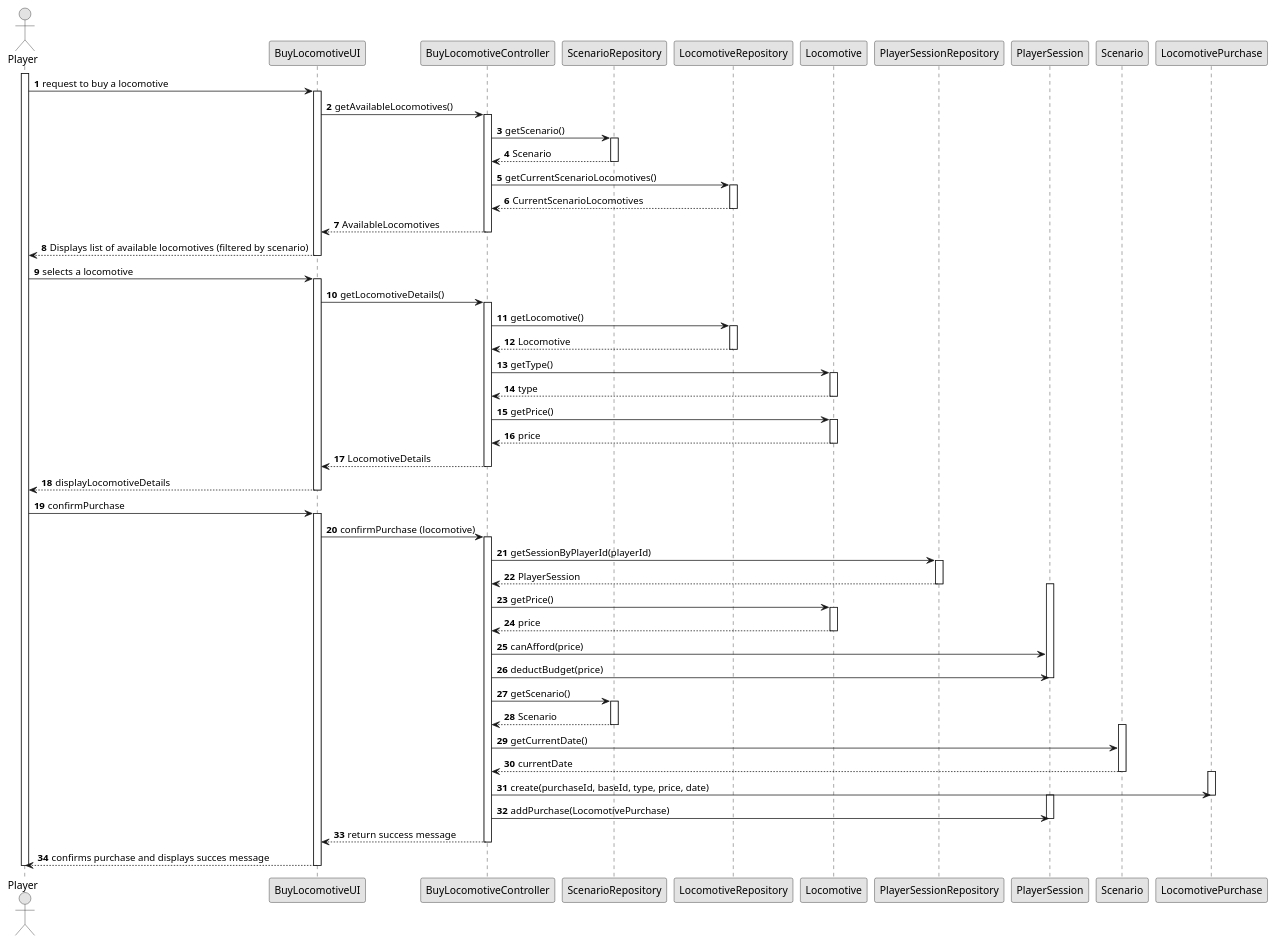
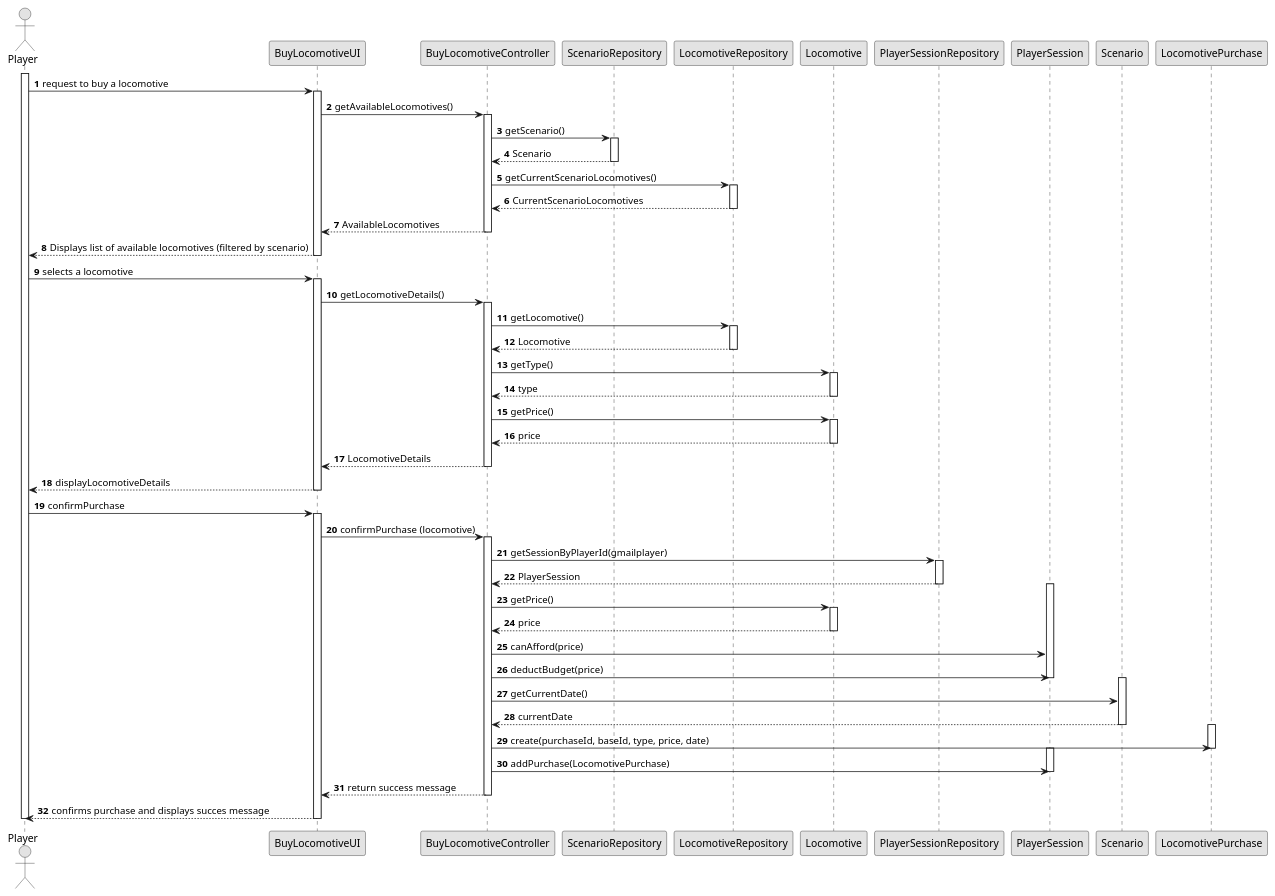
One commit to Andremonteiro1240850/railway_simulator changed the diagram in Sprint2/US09/03.design/puml/US009-SD_full.puml. Above: the diagram before and after it, drawn with PlantUML. The commit also changed 22 other files, not shown here.

```diff
--- a/Sprint2/US09/03.design/puml/US009-SD_full.puml
+++ b/Sprint2/US09/03.design/puml/US009-SD_full.puml
@@ -1,100 +1,96 @@
 @startuml
 
 skinparam shadowing false
 skinparam linetype polyline
 skinparam monochrome true
 
 autonumber
 
 actor Player
 
 participant Player
 activate Player
 participant BuyLocomotiveUI
 participant BuyLocomotiveController
 participant ScenarioRepository
 participant LocomotiveRepository
 participant Locomotive
 participant PlayerSessionRepository
 participant PlayerSession
 participant Scenario
 participant LocomotivePurchase
 
 Player -> BuyLocomotiveUI : request to buy a locomotive
 activate BuyLocomotiveUI
 BuyLocomotiveUI -> BuyLocomotiveController : getAvailableLocomotives()
 activate BuyLocomotiveController
 BuyLocomotiveController -> ScenarioRepository : getScenario()
 activate ScenarioRepository
 ScenarioRepository --> BuyLocomotiveController : Scenario
 deactivate ScenarioRepository
 BuyLocomotiveController -> LocomotiveRepository : getCurrentScenarioLocomotives()
 activate LocomotiveRepository
 LocomotiveRepository --> BuyLocomotiveController : CurrentScenarioLocomotives
 deactivate LocomotiveRepository
 BuyLocomotiveController --> BuyLocomotiveUI : AvailableLocomotives
 deactivate BuyLocomotiveController
 BuyLocomotiveUI --> Player : Displays list of available locomotives (filtered by scenario)
 deactivate BuyLocomotiveUI
 
 Player -> BuyLocomotiveUI : selects a locomotive
 activate BuyLocomotiveUI
 BuyLocomotiveUI -> BuyLocomotiveController : getLocomotiveDetails()
 activate BuyLocomotiveController
 BuyLocomotiveController -> LocomotiveRepository : getLocomotive()
 activate LocomotiveRepository
 LocomotiveRepository --> BuyLocomotiveController : Locomotive
 deactivate LocomotiveRepository
 BuyLocomotiveController -> Locomotive : getType()
 activate Locomotive
 BuyLocomotiveController <-- Locomotive : type
 deactivate Locomotive
 BuyLocomotiveController -> Locomotive : getPrice()
 activate Locomotive
 BuyLocomotiveController <-- Locomotive : price
 deactivate Locomotive
 BuyLocomotiveController --> BuyLocomotiveUI : LocomotiveDetails
 deactivate BuyLocomotiveController
 BuyLocomotiveUI --> Player : displayLocomotiveDetails
 deactivate BuyLocomotiveUI
 
 Player -> BuyLocomotiveUI : confirmPurchase
 activate BuyLocomotiveUI
 BuyLocomotiveUI -> BuyLocomotiveController : confirmPurchase (locomotive)
 activate BuyLocomotiveController
-BuyLocomotiveController -> PlayerSessionRepository : getSessionByPlayerId(playerId)
+BuyLocomotiveController -> PlayerSessionRepository : getSessionByPlayerId(gmailplayer)
 activate PlayerSessionRepository
 PlayerSessionRepository --> BuyLocomotiveController : PlayerSession
 deactivate PlayerSessionRepository
 activate PlayerSession
 
 
 deactivate LocomotiveRepository
 BuyLocomotiveController -> Locomotive : getPrice()
 activate Locomotive
 Locomotive --> BuyLocomotiveController : price
 deactivate Locomotive
 BuyLocomotiveController -> PlayerSession : canAfford(price)
 BuyLocomotiveController -> PlayerSession : deductBudget(price)
 deactivate PlayerSession
-BuyLocomotiveController -> ScenarioRepository : getScenario()
-activate ScenarioRepository
-ScenarioRepository --> BuyLocomotiveController : Scenario
-deactivate ScenarioRepository
 activate Scenario
 BuyLocomotiveController -> Scenario : getCurrentDate()
 Scenario --> BuyLocomotiveController : currentDate
 deactivate Scenario
 activate LocomotivePurchase
 BuyLocomotiveController -> LocomotivePurchase : create(purchaseId, baseId, type, price, date)
 deactivate LocomotivePurchase
 activate PlayerSession
 BuyLocomotiveController -> PlayerSession : addPurchase(LocomotivePurchase)
 deactivate PlayerSession
 BuyLocomotiveController --> BuyLocomotiveUI : return success message
 deactivate BuyLocomotiveController
 BuyLocomotiveUI --> Player : confirms purchase and displays succes message
 deactivate BuyLocomotiveUI
 deactivate Player
 
 @enduml
```
